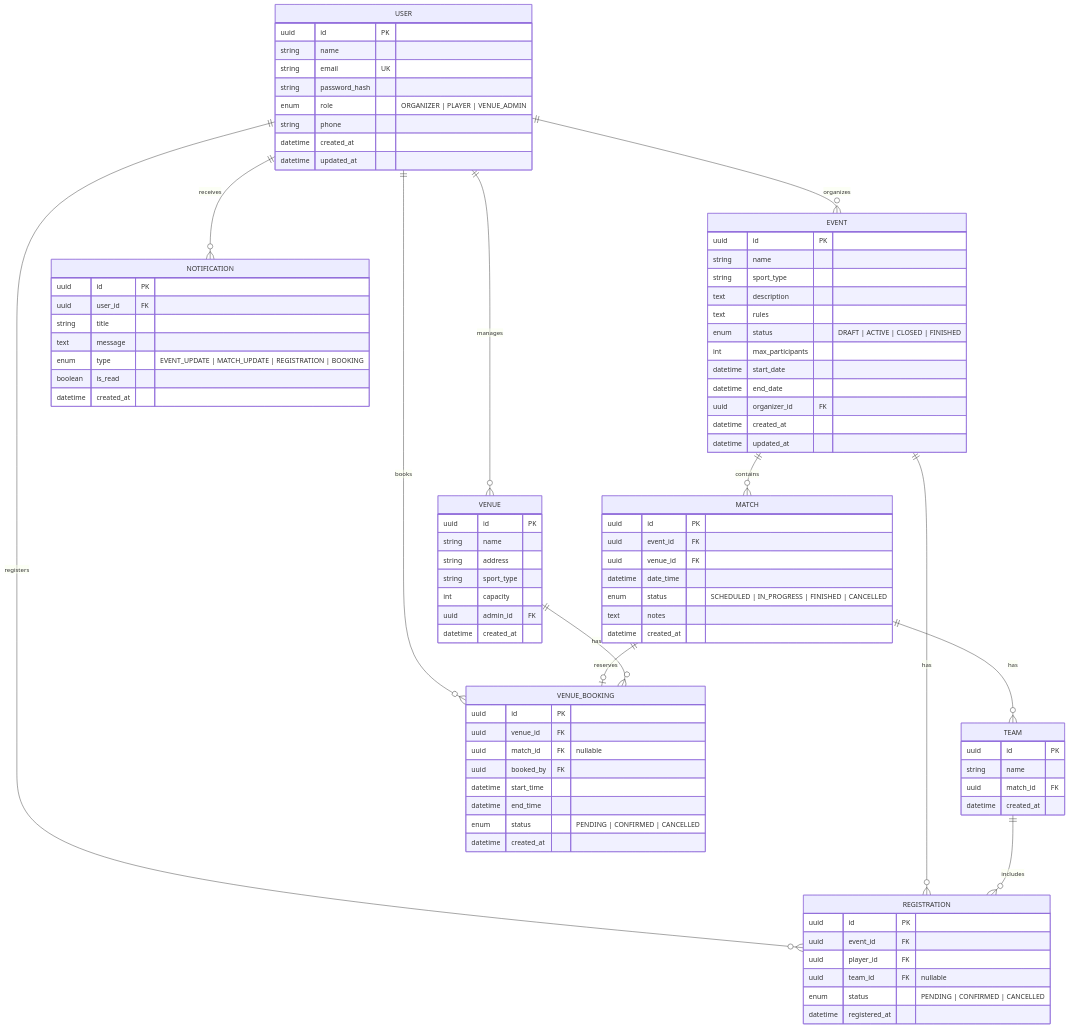
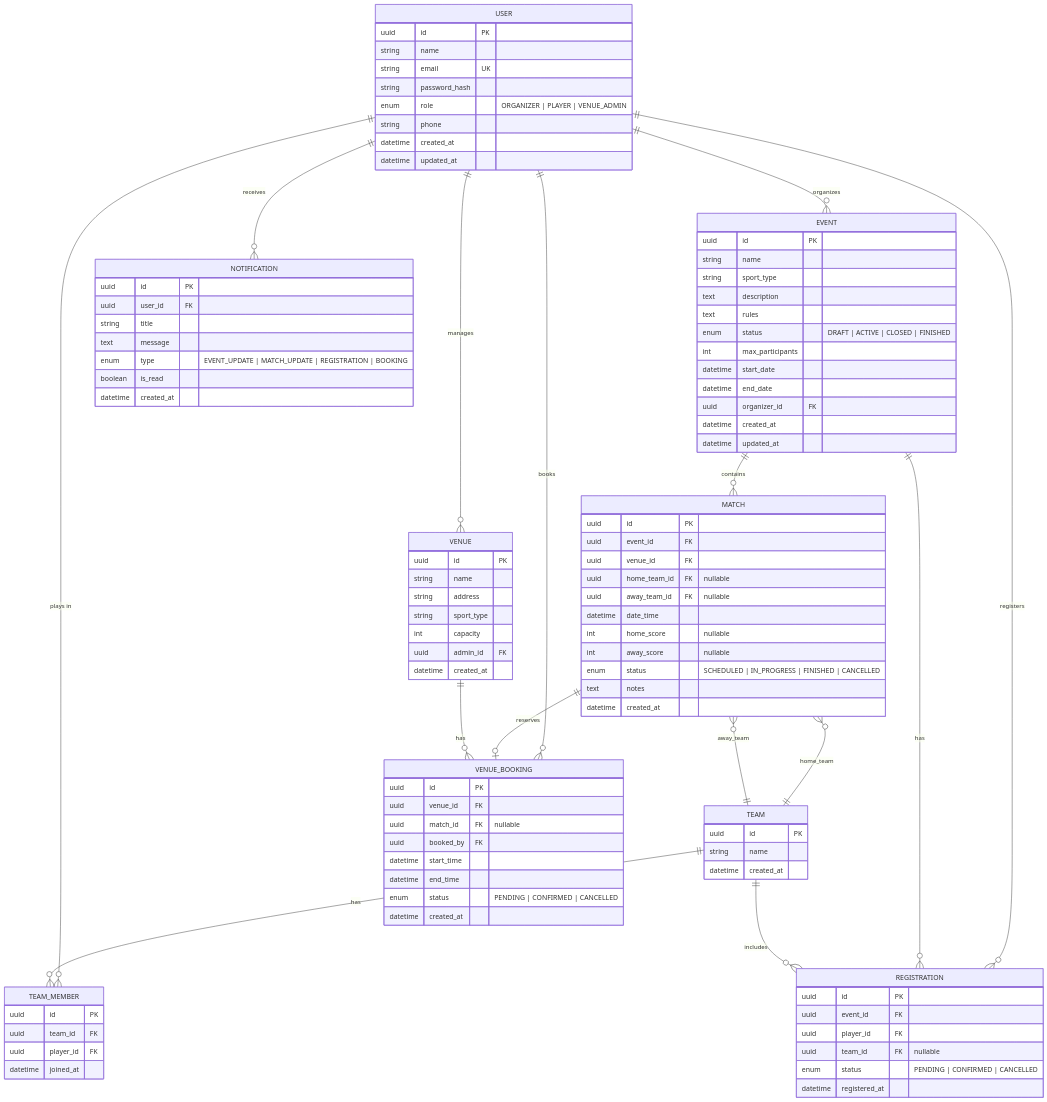
The second of 2 diagrams in implementation_plan.md (RafaelCorreaViana/TrabalhoPSCII), drawn with Mermaid before and after one commit. The commit also changed other lines of this file and 33 other files, not shown here.

````diff
--- a/implementation_plan.md
+++ b/implementation_plan.md
@@ -143,6 +184,19 @@
         string phone
         datetime created_at
         datetime updated_at
+    }
+
+    TEAM {
+        uuid id PK
+        string name
+        datetime created_at
+    }
+
+    TEAM_MEMBER {
+        uuid id PK
+        uuid team_id FK
+        uuid player_id FK
+        datetime joined_at
     }
 
     VENUE {
@@ -174,16 +228,13 @@
         uuid id PK
         uuid event_id FK
         uuid venue_id FK
+        uuid home_team_id FK "nullable"
+        uuid away_team_id FK "nullable"
         datetime date_time
+        int home_score "nullable"
+        int away_score "nullable"
         enum status "SCHEDULED | IN_PROGRESS | FINISHED | CANCELLED"
         text notes
-        datetime created_at
-    }
-
-    TEAM {
-        uuid id PK
-        string name
-        uuid match_id FK
         datetime created_at
     }
 
@@ -222,10 +273,13 @@
     USER ||--o{ VENUE : "manages"
     USER ||--o{ NOTIFICATION : "receives"
     USER ||--o{ VENUE_BOOKING : "books"
+    USER ||--o{ TEAM_MEMBER : "plays in"
     EVENT ||--o{ MATCH : "contains"
     EVENT ||--o{ REGISTRATION : "has"
-    MATCH ||--o{ TEAM : "has"
+    TEAM ||--o{ TEAM_MEMBER : "has"
+    TEAM ||--o{ REGISTRATION : "includes"
+    MATCH }o--|| TEAM : "home_team"
+    MATCH }o--|| TEAM : "away_team"
     MATCH ||--o| VENUE_BOOKING : "reserves"
     VENUE ||--o{ VENUE_BOOKING : "has"
-    TEAM ||--o{ REGISTRATION : "includes"
 ```
````
